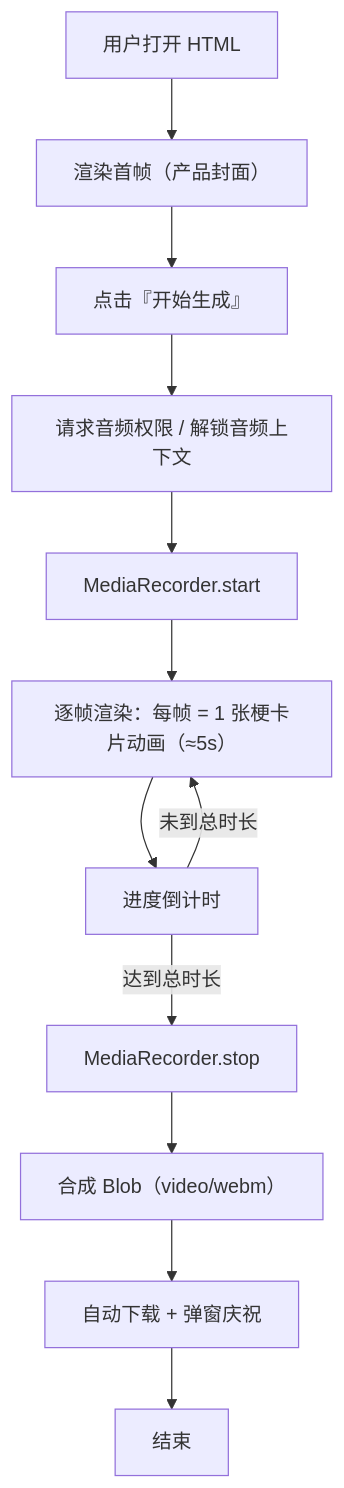
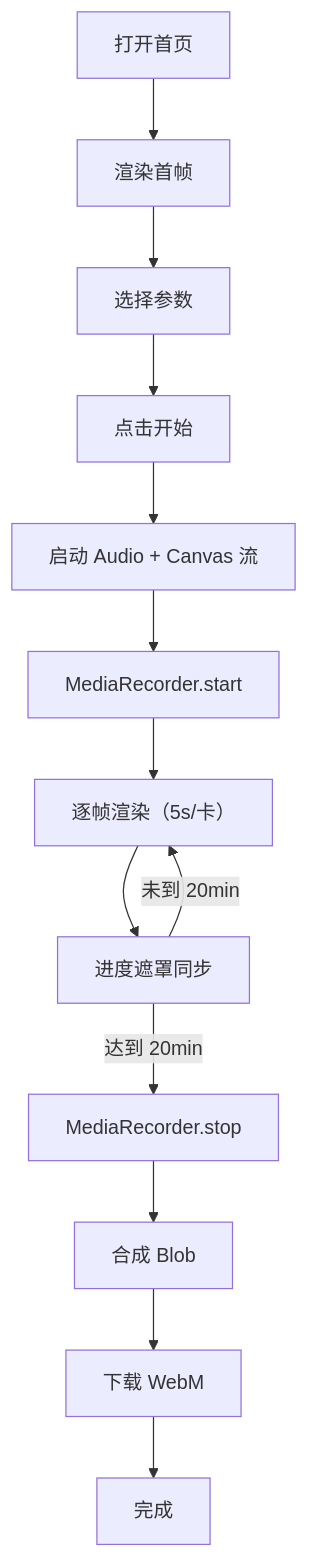
One commit to woshiabc55/AE changed the diagram in .trae/documents/PRD.md. Above: the diagram before and after it, drawn with Mermaid. The commit also changed other lines of this file and 29 other files, not shown here.

````diff
--- a/.trae/documents/PRD.md
+++ b/.trae/documents/PRD.md
@@ -33,14 +36,15 @@
 ```mermaid
 flowchart TD
-    A["用户打开 HTML"] --> B["渲染首帧（产品封面）"]
-    B --> C["点击『开始生成』"]
-    C --> D["请求音频权限 / 解锁音频上下文"]
-    D --> E["MediaRecorder.start"]
-    E --> F["逐帧渲染：每帧 = 1 张梗卡片动画（≈5s）"]
-    F --> G["进度倒计时"]
-    G -->|未到总时长| F
-    G -->|达到总时长| H["MediaRecorder.stop"]
-    H --> I["合成 Blob（video/webm）"]
-    I --> J["自动下载 + 弹窗庆祝"]
-    J --> K["结束"]
+    A["打开首页"] --> B["渲染首帧"]
+    B --> C["选择参数"]
+    C --> D["点击开始"]
+    D --> E["启动 Audio + Canvas 流"]
+    E --> F["MediaRecorder.start"]
+    F --> G["逐帧渲染（5s/卡）"]
+    G --> H["进度遮罩同步"]
+    H -->|未到 20min| G
+    H -->|达到 20min| I["MediaRecorder.stop"]
+    I --> J["合成 Blob"]
+    J --> K["下载 WebM"]
+    K --> L["完成"]
 ```
````
